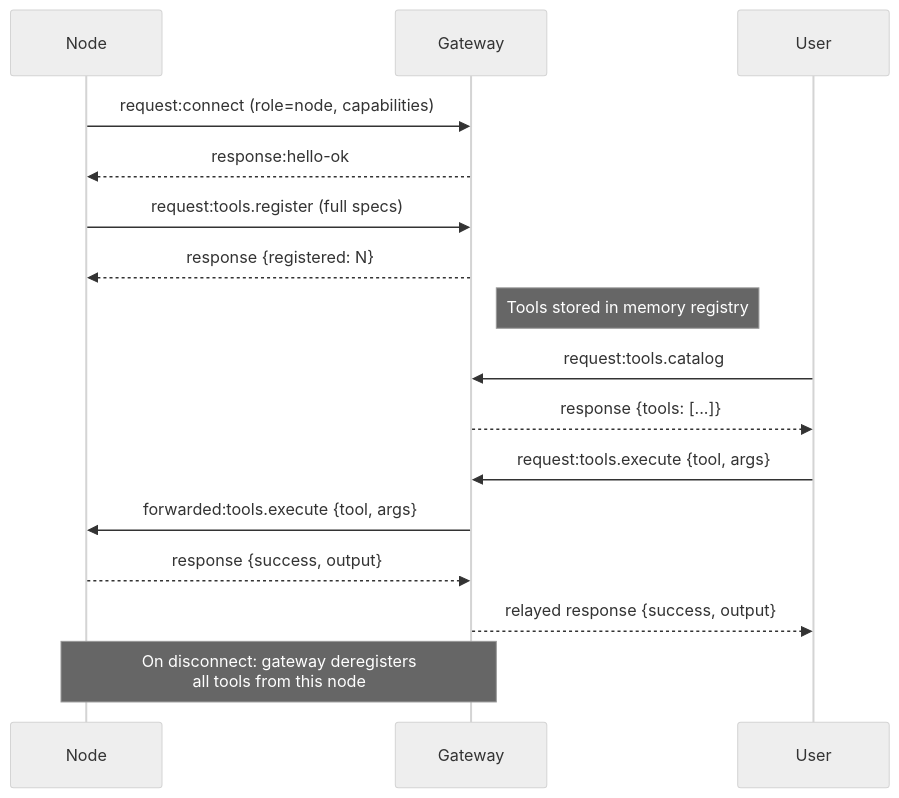
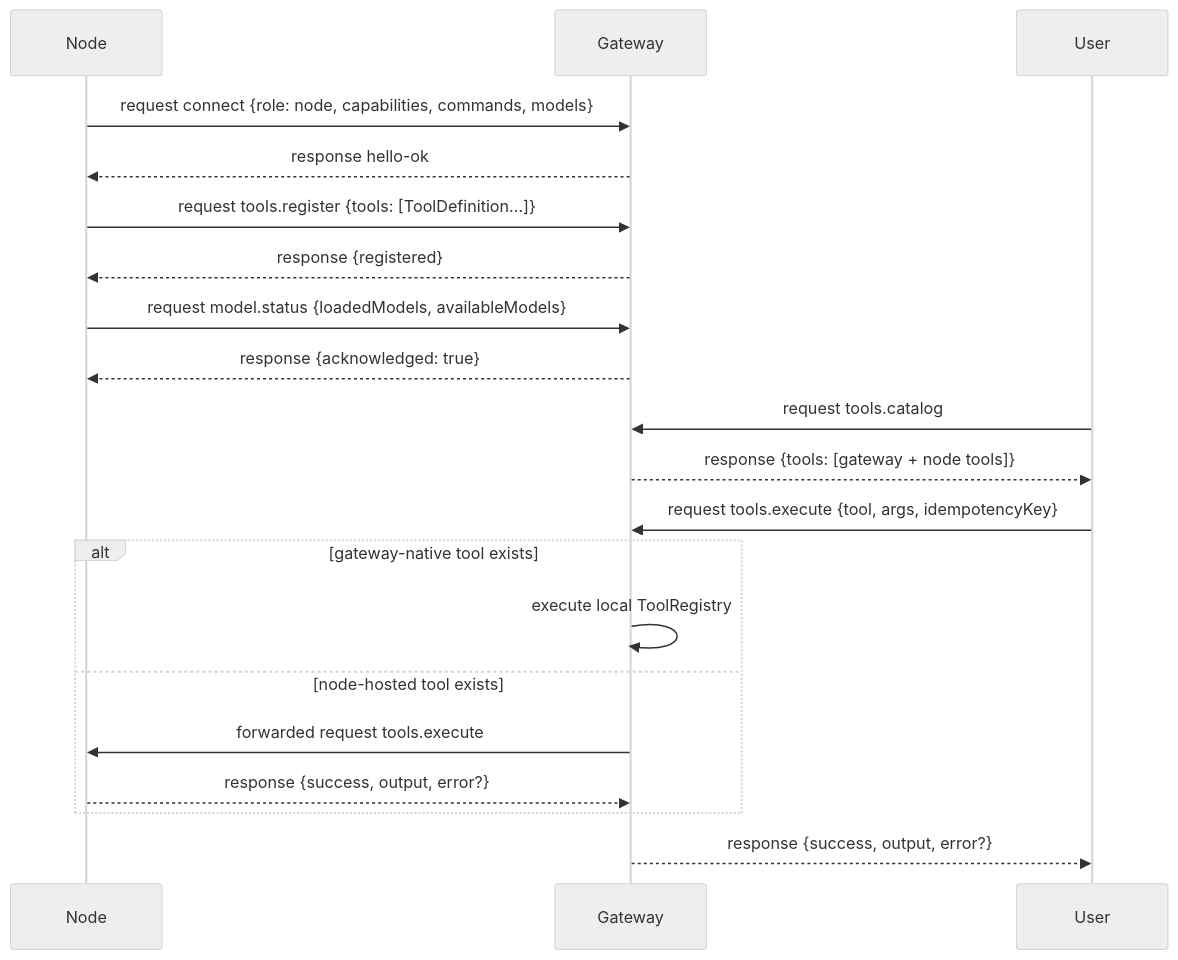
Before and after one commit to thiezn/NEXO: the third of 5 diagrams in docs/src/nexo/architecture.md, drawn with Mermaid (neutral theme). The commit also changed other lines of this file and 33 other files, not shown here.

````diff
--- a/docs/src/nexo/architecture.md
+++ b/docs/src/nexo/architecture.md
@@ -69,22 +124,25 @@
 ```mermaid
 sequenceDiagram
     participant Node
     participant Gateway
     participant User
 
-    Node->>Gateway: request:connect (role=node, capabilities)
-    Gateway-->>Node: response:hello-ok
-    Node->>Gateway: request:tools.register (full specs)
-    Gateway-->>Node: response {registered: N}
-    Note right of Gateway: Tools stored in memory registry
+    Node->>Gateway: request connect {role: node, capabilities, commands, models}
+    Gateway-->>Node: response hello-ok
+    Node->>Gateway: request tools.register {tools: [ToolDefinition...]}
+    Gateway-->>Node: response {registered}
+    Node->>Gateway: request model.status {loadedModels, availableModels}
+    Gateway-->>Node: response {acknowledged: true}
 
-    User->>Gateway: request:tools.catalog
-    Gateway-->>User: response {tools: [...]}
+    User->>Gateway: request tools.catalog
+    Gateway-->>User: response {tools: [gateway + node tools]}
 
-    User->>Gateway: request:tools.execute {tool, args}
-    Gateway->>Node: forwarded:tools.execute {tool, args}
-    Node-->>Gateway: response {success, output}
-    Gateway-->>User: relayed response {success, output}
-
-    Note over Node,Gateway: On disconnect: gateway deregisters<br>all tools from this node
+    User->>Gateway: request tools.execute {tool, args, idempotencyKey}
+    alt gateway-native tool exists
+        Gateway->>Gateway: execute local ToolRegistry
+    else node-hosted tool exists
+        Gateway->>Node: forwarded request tools.execute
+        Node-->>Gateway: response {success, output, error?}
+    end
+    Gateway-->>User: response {success, output, error?}
 ```
````
